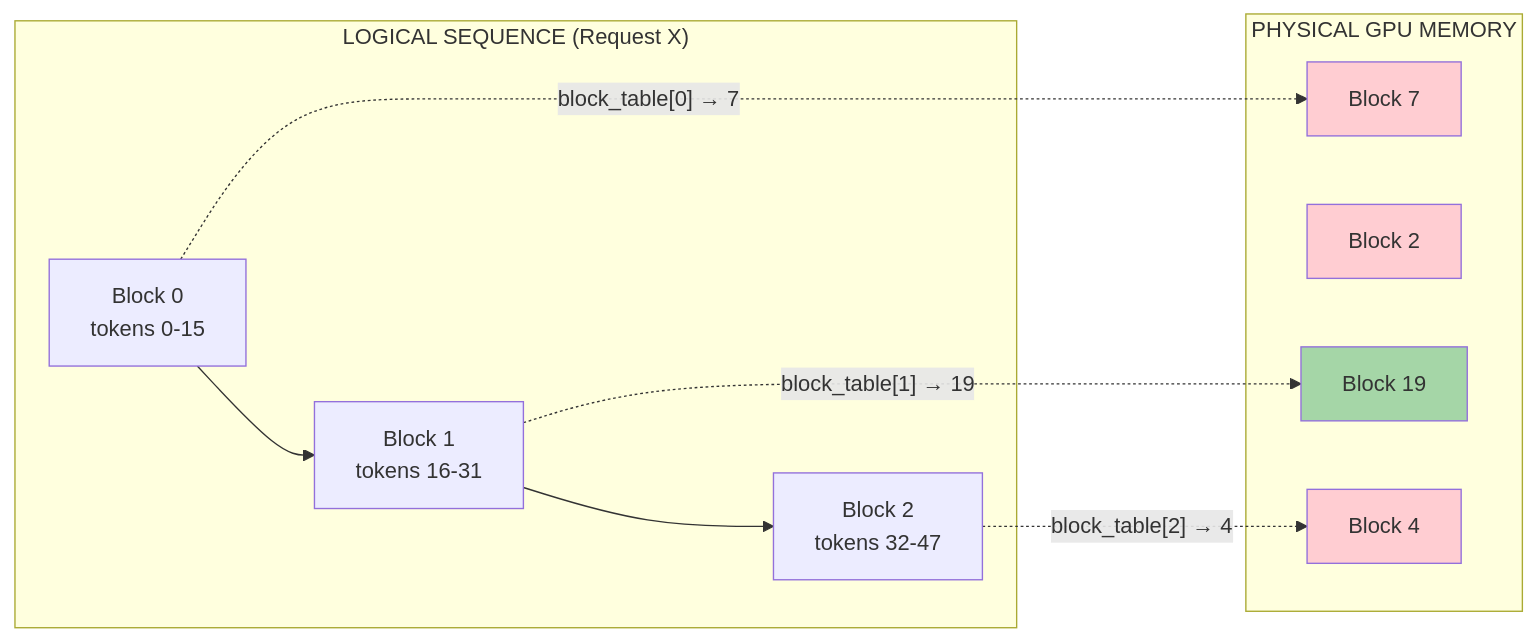
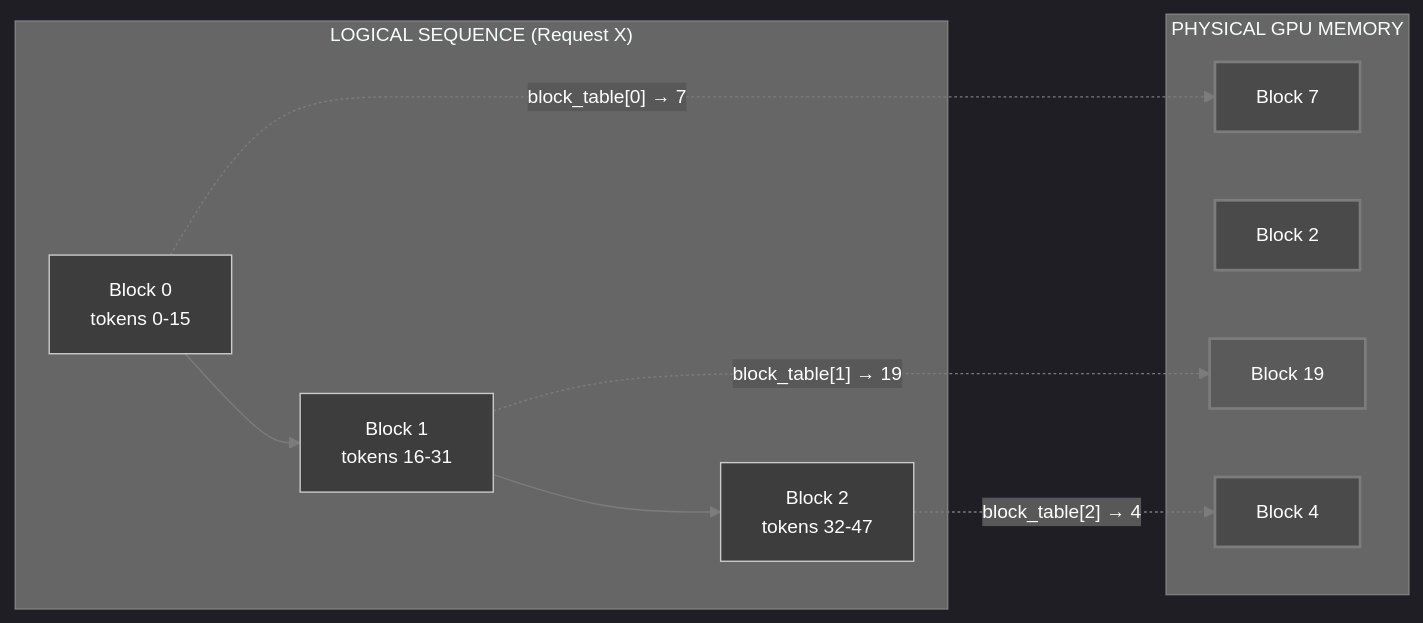
One commit to Shahriarin2garden/vllm_from_scratch changed the eighth of 14 diagrams in lab0.1/lab 0.111.md. Above: the diagram before and after it, drawn with Mermaid. The commit also changed other lines of this file and 2 other files, not shown here.

````diff
--- a/lab0.1/lab 0.111.md
+++ b/lab0.1/lab 0.111.md
@@ -771,23 +889,24 @@
 ```mermaid
+%%{init: {'theme':'dark', 'themeVariables': { 'primaryColor':'#3d3d3d','primaryTextColor':'#fff','primaryBorderColor':'#7c7c7c','lineColor':'#7c7c7c','secondaryColor':'#4a4a4a','tertiaryColor':'#3d3d3d','background':'#2d2d2d','mainBkg':'#3d3d3d','secondBkg':'#4a4a4a','textColor':'#fff','fontSize':'14px'}}}%%
 flowchart LR
     subgraph LogicalView [" LOGICAL SEQUENCE (Request X) "]
         L1["Block 0<br/>tokens 0-15"] --> L2["Block 1<br/>tokens 16-31"];
         L2 --> L3["Block 2<br/>tokens 32-47"];
     end
 
     subgraph PhysicalGPU [" PHYSICAL GPU MEMORY "]
         P1["Block 7"]:::free
         P2["Block 2"]:::free
         P3["Block 19"]:::used
         P4["Block 4"]:::free
     end
 
     L1 -."block_table[0] → 7".-> P1
     L2 -."block_table[1] → 19".-> P3
     L3 -."block_table[2] → 4".-> P4
 
-    classDef used fill:#a5d6a7
-    classDef free fill:#ffcdd2
+    classDef used fill:#5a5a5a,stroke:#7c7c7c,stroke-width:2px,color:#fff
+    classDef free fill:#4a4a4a,stroke:#7c7c7c,stroke-width:2px,color:#fff
     class P3 used;
     class P1,P2,P4 free;
 ```
````
